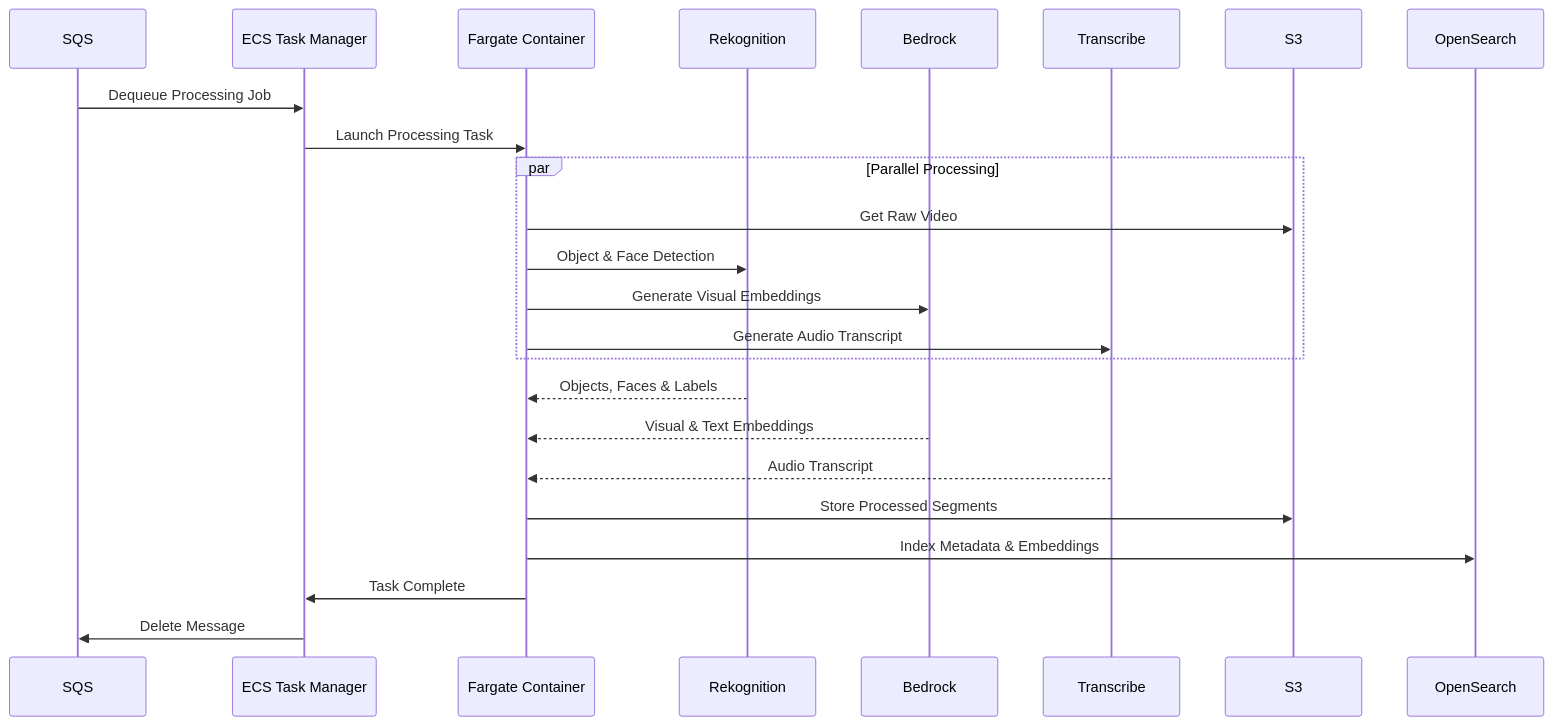
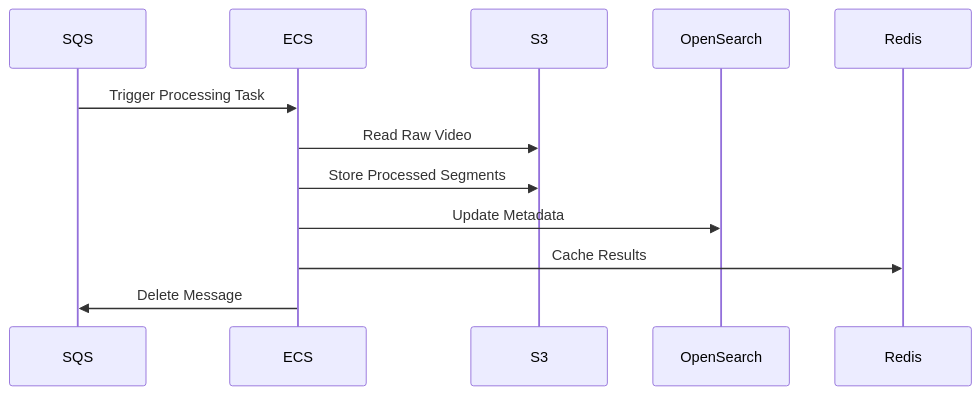
The second of 5 diagrams in README.md (yike5460/shortvideo-online), drawn with Mermaid before and after one commit. The commit also changed other lines of this file and 2 other files, not shown here.

Commit message:
chore: update the backend infrastructure with Amazon OpenSearch Serverless

````diff
--- a/README.md
+++ b/README.md
@@ -229,31 +251,15 @@
 ```mermaid
 sequenceDiagram
     participant SQS
-    participant ECS Task Manager
-    participant Fargate Container
-    participant Rekognition
-    participant Bedrock
-    participant Transcribe
+    participant ECS
     participant S3
     participant OpenSearch
+    participant Redis
 
-    SQS->>ECS Task Manager: Dequeue Processing Job
-    ECS Task Manager->>Fargate Container: Launch Processing Task
-    
-    par Parallel Processing
-        Fargate Container->>S3: Get Raw Video
-        Fargate Container->>Rekognition: Object & Face Detection
-        Fargate Container->>Bedrock: Generate Visual Embeddings
-        Fargate Container->>Transcribe: Generate Audio Transcript
-    end
-    
-    Rekognition-->>Fargate Container: Objects, Faces & Labels
-    Bedrock-->>Fargate Container: Visual & Text Embeddings
-    Transcribe-->>Fargate Container: Audio Transcript
-    
-    Fargate Container->>S3: Store Processed Segments
-    Fargate Container->>OpenSearch: Index Metadata & Embeddings
-    
-    Fargate Container->>ECS Task Manager: Task Complete
-    ECS Task Manager->>SQS: Delete Message
+    SQS->>ECS: Trigger Processing Task
+    ECS->>S3: Read Raw Video
+    ECS->>S3: Store Processed Segments
+    ECS->>OpenSearch: Update Metadata
+    ECS->>Redis: Cache Results
+    ECS->>SQS: Delete Message
 ```
````
